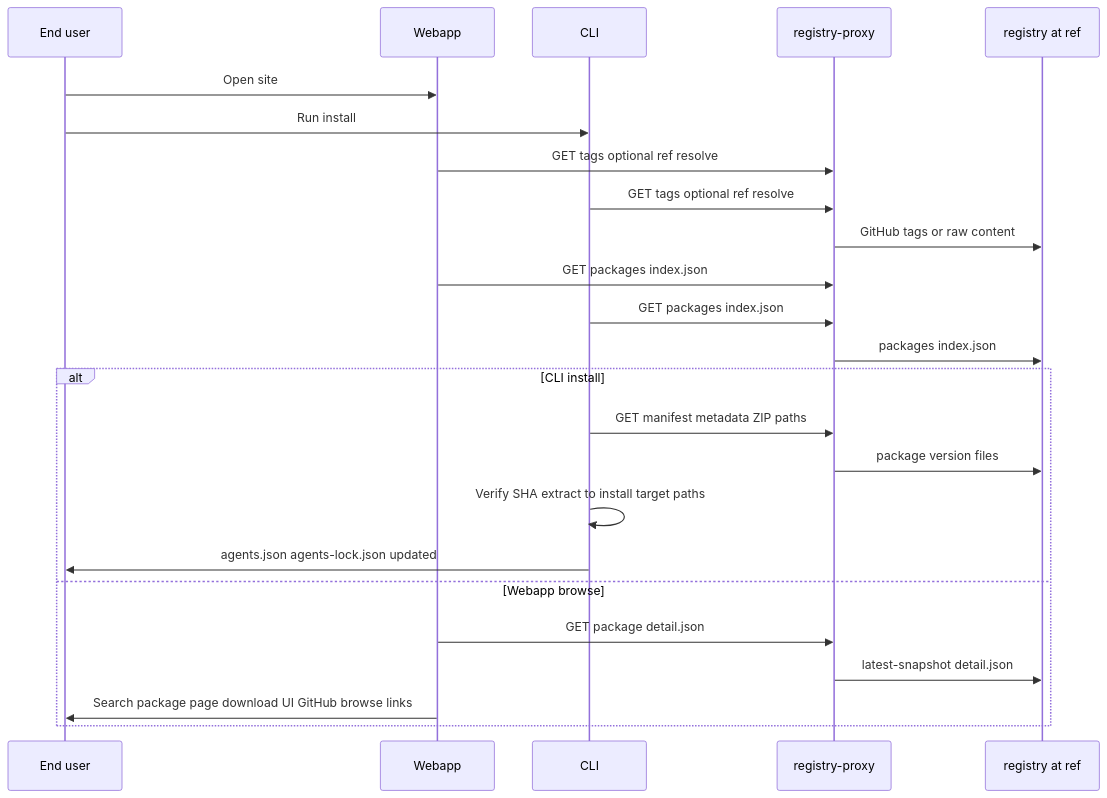
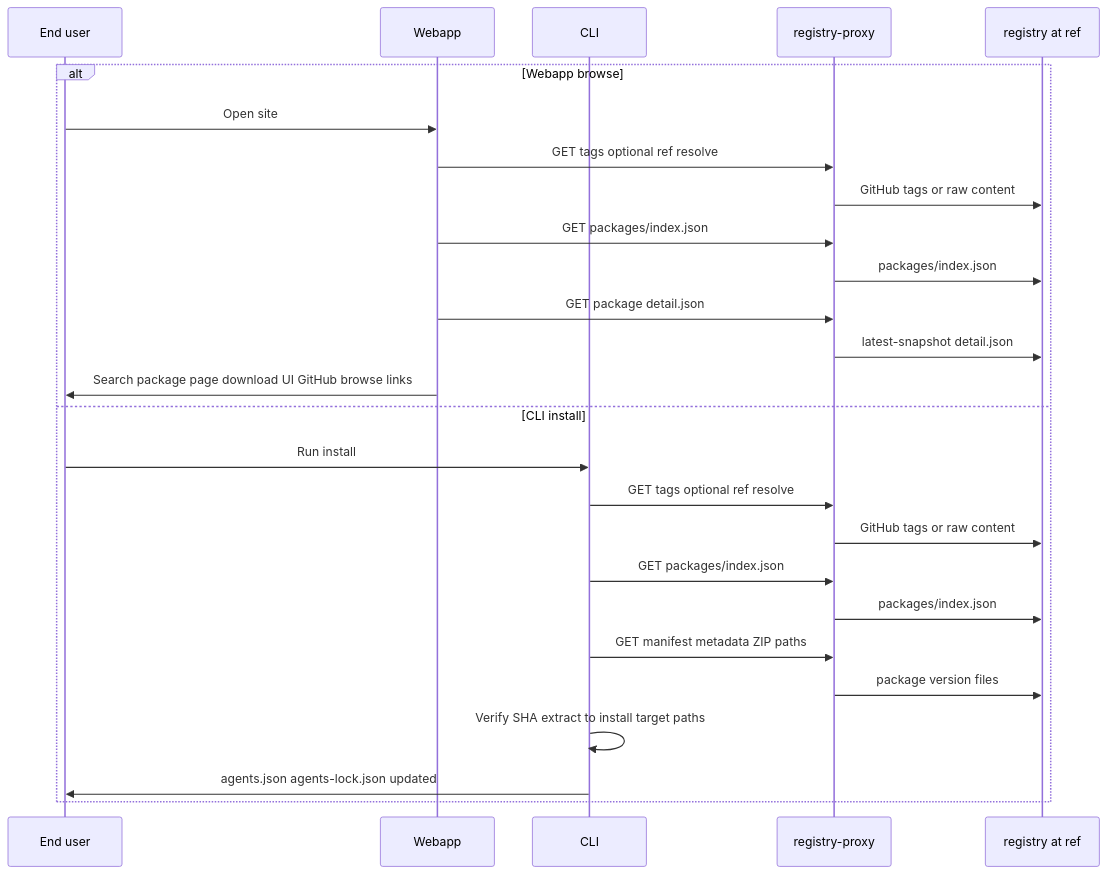
The third of 4 diagrams in docs/ecosystem.md (agents-repo/.github), drawn with Mermaid before and after one commit. The commit also changed other lines of this file, not shown here.

Commit message:
docs: qualify CLI catalog paths and split browse vs install diagram

````diff
--- a/docs/ecosystem.md
+++ b/docs/ecosystem.md
@@ -131,27 +133,29 @@
 ```mermaid
 sequenceDiagram
   participant U as End user
   participant Site as Webapp
   participant Cli as CLI
   participant P as registry-proxy
   participant Reg as registry at ref
 
-  U->>Site: Open site
-  U->>Cli: Run install
-  Site->>P: GET tags optional ref resolve
-  Cli->>P: GET tags optional ref resolve
-  P->>Reg: GitHub tags or raw content
-  Site->>P: GET packages index.json
-  Cli->>P: GET packages index.json
-  P->>Reg: packages index.json
-  alt CLI install
+  alt Webapp browse
+    U->>Site: Open site
+    Site->>P: GET tags optional ref resolve
+    P->>Reg: GitHub tags or raw content
+    Site->>P: GET packages/index.json
+    P->>Reg: packages/index.json
+    Site->>P: GET package detail.json
+    P->>Reg: latest-snapshot detail.json
+    Site->>U: Search package page download UI GitHub browse links
+  else CLI install
+    U->>Cli: Run install
+    Cli->>P: GET tags optional ref resolve
+    P->>Reg: GitHub tags or raw content
+    Cli->>P: GET packages/index.json
+    P->>Reg: packages/index.json
     Cli->>P: GET manifest metadata ZIP paths
     P->>Reg: package version files
     Cli->>Cli: Verify SHA extract to install target paths
     Cli->>U: agents.json agents-lock.json updated
-  else Webapp browse
-    Site->>P: GET package detail.json
-    P->>Reg: latest-snapshot detail.json
-    Site->>U: Search package page download UI GitHub browse links
   end
 ```
````
